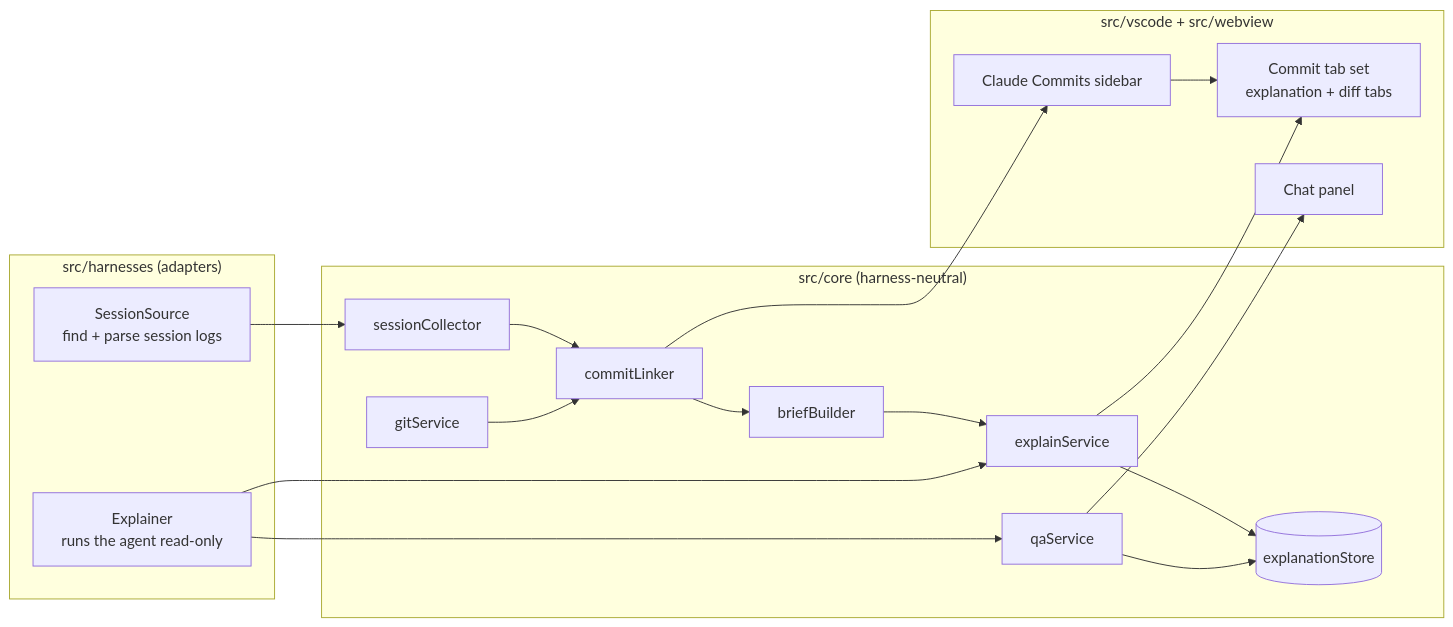
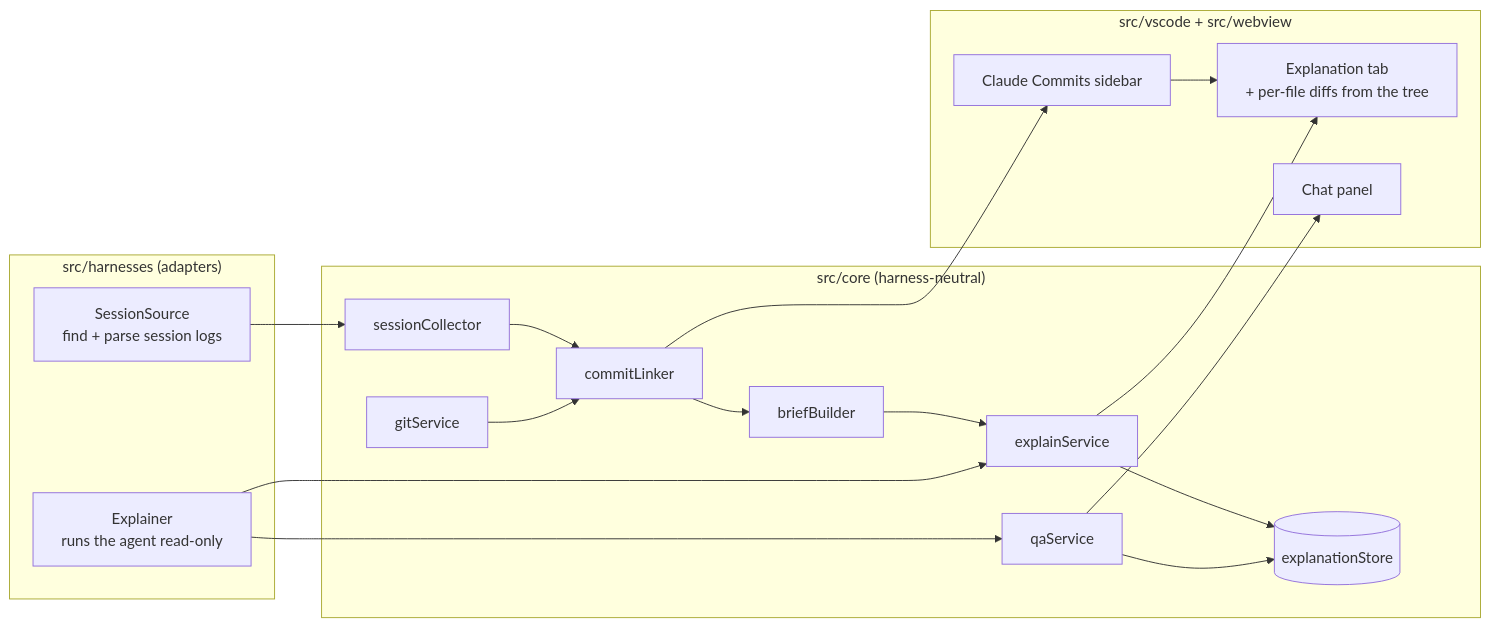
Before and after one commit to csumudu/explain-diff: the diagram in ARCHITECTURE.md, drawn with Mermaid. The commit also changed other lines of this file and 16 other files, not shown here.

````diff
--- a/ARCHITECTURE.md
+++ b/ARCHITECTURE.md
@@ -5,27 +5,27 @@
 ```mermaid
 flowchart LR
   subgraph Harnesses["src/harnesses (adapters)"]
     SS[SessionSource\nfind + parse session logs]
     EX[Explainer\nruns the agent read-only]
   end
   subgraph Core["src/core (harness-neutral)"]
     COL[sessionCollector] --> LINK[commitLinker]
     GIT[gitService] --> LINK
     LINK --> BRIEF[briefBuilder]
     BRIEF --> ES[explainService]
     ES --> STORE[(explanationStore)]
     QA[qaService] --> STORE
   end
   subgraph UI["src/vscode + src/webview"]
     TREE[Claude Commits sidebar]
-    TABS[Commit tab set\nexplanation + diff tabs]
+    TABS[Explanation tab\n+ per-file diffs from the tree]
     CHAT[Chat panel]
   end
   SS --> COL
   EX --> ES
   EX --> QA
   LINK --> TREE
   TREE --> TABS
   ES --> TABS
   QA --> CHAT
 ```
````
